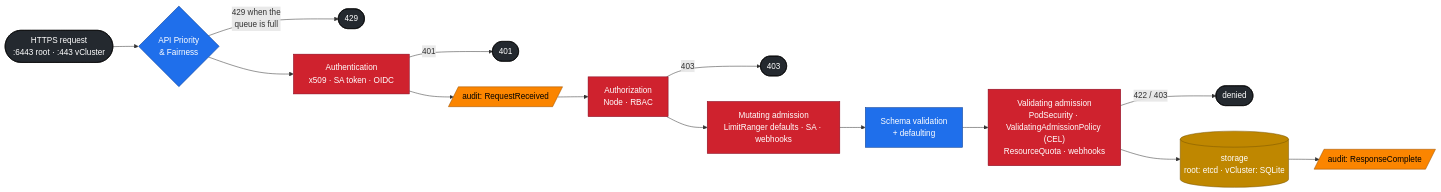
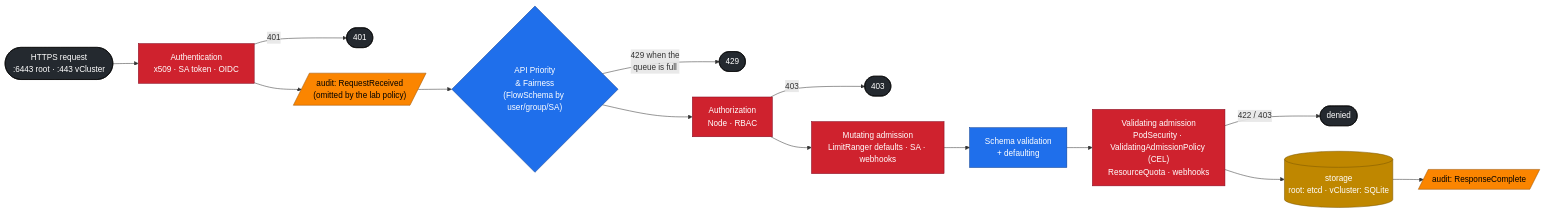
Before and after one commit to cloudone365/technical-depth: the first of 3 diagrams in 02-Kubernetes/03-kube-apiserver-internals.md, drawn with Mermaid. The commit also changed other lines of this file and 91 other files, not shown here.

First line of the commit message:
Docs audit 01-04: fix mistakes found against the lab files; step-by-step flows

````diff
--- a/02-Kubernetes/03-kube-apiserver-internals.md
+++ b/02-Kubernetes/03-kube-apiserver-internals.md
@@ -24,26 +24,26 @@
 ```mermaid
 flowchart LR
-  REQ(["HTTPS request<br/>:6443 root · :443 vCluster"]) --> APF{"API Priority<br/>& Fairness"}
+  REQ(["HTTPS request<br/>:6443 root · :443 vCluster"]) --> AUTHN["Authentication<br/>x509 · SA token · OIDC"]
+  AUTHN -->|401| R401(["401"])
+  AUTHN --> AUDIT1[/"audit: RequestReceived<br/>(omitted by the lab policy)"/]
+  AUDIT1 --> APF{"API Priority<br/>& Fairness<br/>(FlowSchema by user/group/SA)"}
   APF -->|"429 when the<br/>queue is full"| R429(["429"])
-  APF --> AUTHN["Authentication<br/>x509 · SA token · OIDC"]
-  AUTHN -->|401| R401(["401"])
-  AUTHN --> AUDIT1[/"audit: RequestReceived"/]
-  AUDIT1 --> AUTHZ["Authorization<br/>Node · RBAC"]
+  APF --> AUTHZ["Authorization<br/>Node · RBAC"]
   AUTHZ -->|403| R403(["403"])
   AUTHZ --> MUT["Mutating admission<br/>LimitRanger defaults · SA · webhooks"]
   MUT --> SCHEMA["Schema validation<br/>+ defaulting"]
   SCHEMA --> VAL["Validating admission<br/>PodSecurity · ValidatingAdmissionPolicy (CEL)<br/>ResourceQuota · webhooks"]
   VAL -->|"422 / 403"| RDEN(["denied"])
   VAL --> STORE[("storage<br/>root: etcd · vCluster: SQLite")]
   STORE --> AUDIT2[/"audit: ResponseComplete"/]
   classDef ctrl fill:#1f6feb,stroke:#0b3d91,color:#fff
   classDef sec fill:#cf222e,stroke:#82071e,color:#fff
   classDef store fill:#bf8700,stroke:#7a5600,color:#fff
   classDef obs fill:#fb8500,stroke:#9a5200,color:#000
   classDef ext fill:#24292f,stroke:#000,color:#fff
   class APF,SCHEMA ctrl
   class AUTHN,AUTHZ,MUT,VAL sec
   class STORE store
   class AUDIT1,AUDIT2 obs
   class REQ,R429,R401,R403,RDEN ext
 ```
````
